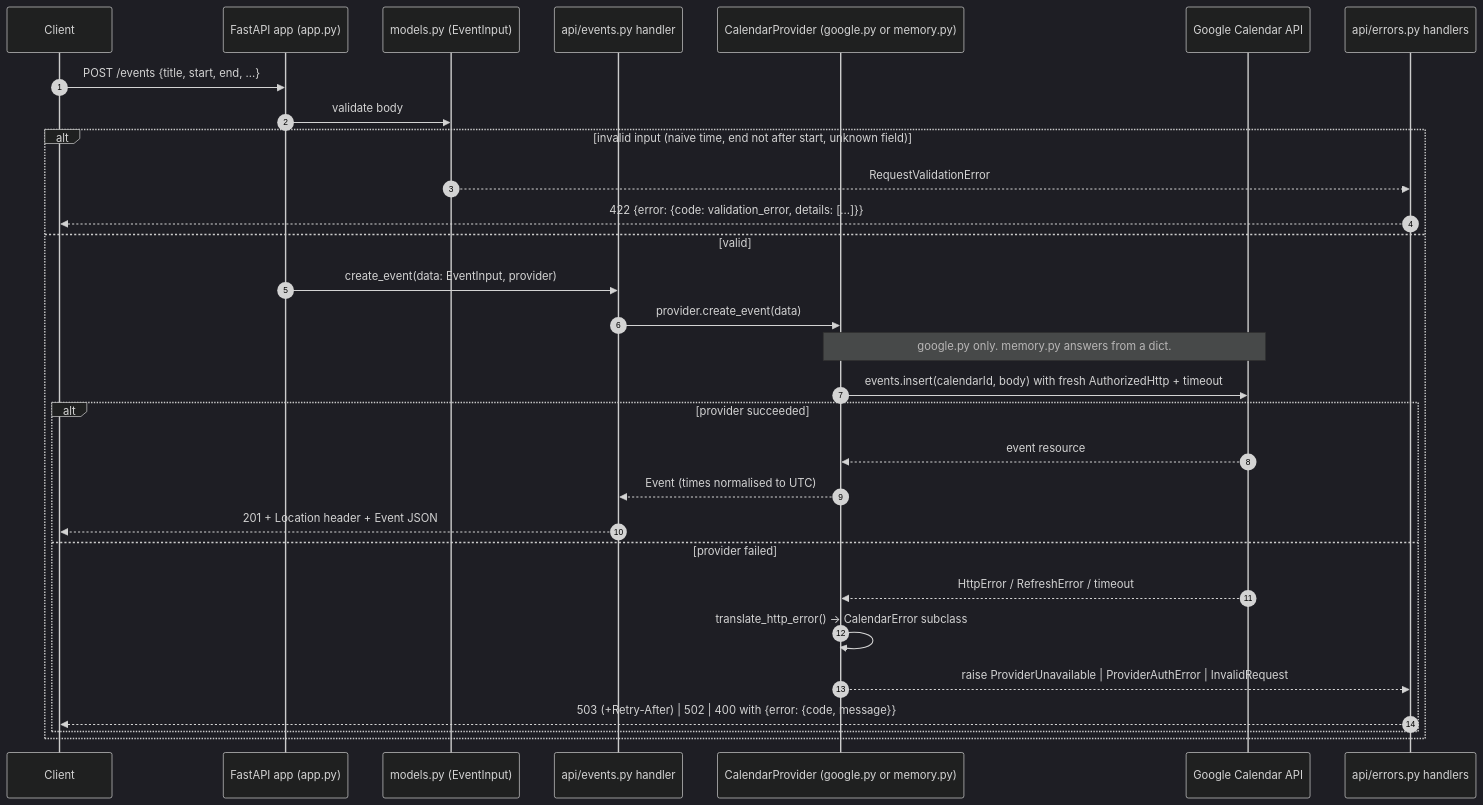
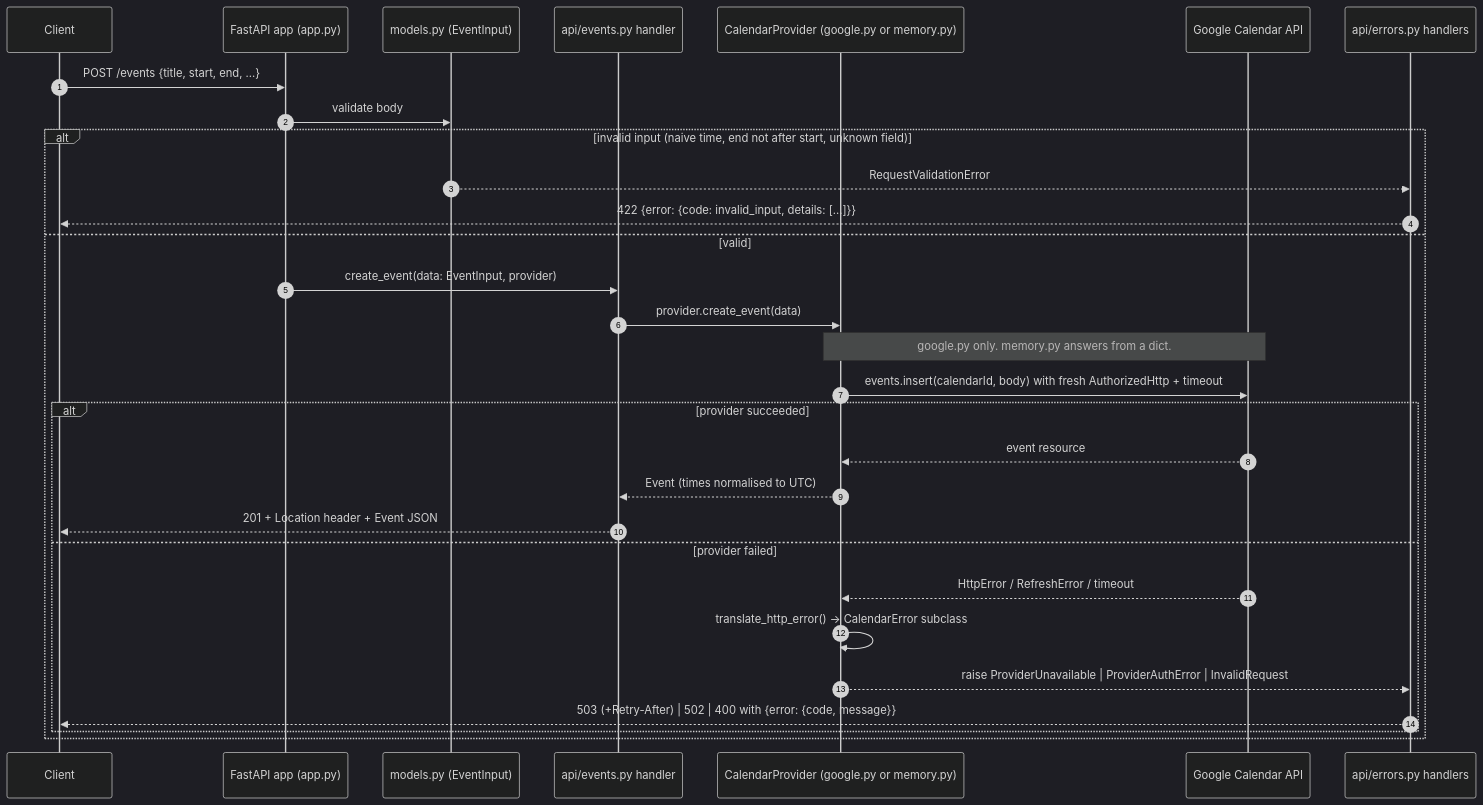
The second of 3 diagrams in docs/ARCHITECTURE.md (samthropic/BASKD), drawn with Mermaid (dark theme) before and after one commit. The commit also changed other lines of this file and 17 other files, not shown here.

````diff
--- a/docs/ARCHITECTURE.md
+++ b/docs/ARCHITECTURE.md
@@ -76,33 +76,33 @@
 ```mermaid
 sequenceDiagram
     autonumber
     participant C as Client
     participant F as FastAPI app (app.py)
     participant V as models.py (EventInput)
     participant R as api/events.py handler
     participant P as CalendarProvider (google.py or memory.py)
     participant G as Google Calendar API
     participant E as api/errors.py handlers
 
     C->>F: POST /events {title, start, end, ...}
     F->>V: validate body
     alt invalid input (naive time, end not after start, unknown field)
         V-->>E: RequestValidationError
-        E-->>C: 422 {error: {code: validation_error, details: [...]}}
+        E-->>C: 422 {error: {code: invalid_input, details: [...]}}
     else valid
         F->>R: create_event(data: EventInput, provider)
         R->>P: provider.create_event(data)
         Note over P,G: google.py only. memory.py answers from a dict.
         P->>G: events.insert(calendarId, body) with fresh AuthorizedHttp + timeout
         alt provider succeeded
             G-->>P: event resource
             P-->>R: Event (times normalised to UTC)
             R-->>C: 201 + Location header + Event JSON
         else provider failed
             G-->>P: HttpError / RefreshError / timeout
             P->>P: translate_http_error() → CalendarError subclass
             P-->>E: raise ProviderUnavailable | ProviderAuthError | InvalidRequest
             E-->>C: 503 (+Retry-After) | 502 | 400 with {error: {code, message}}
         end
     end
 ```
````
